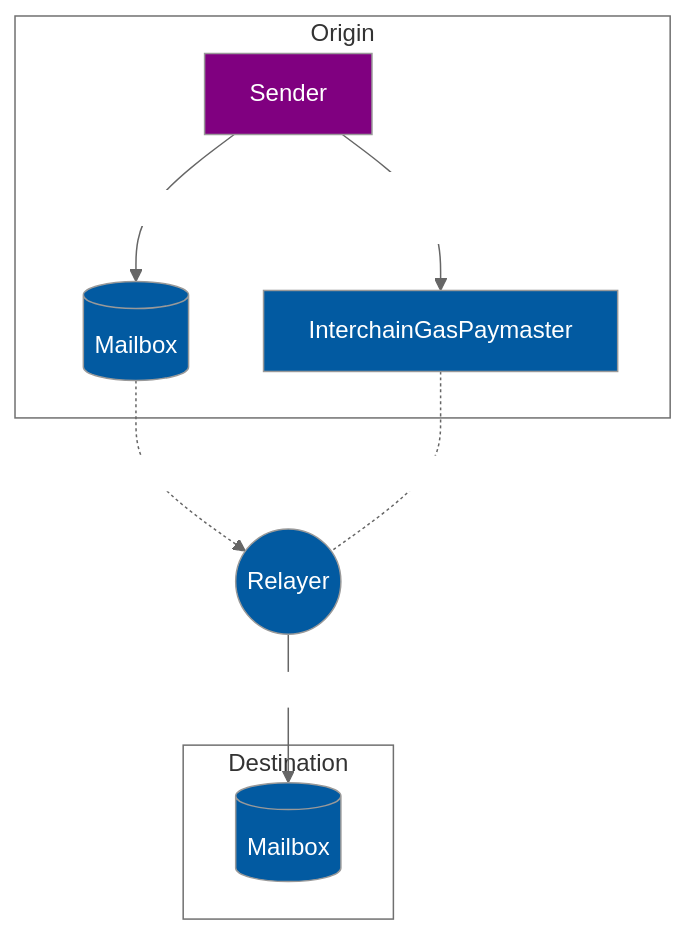
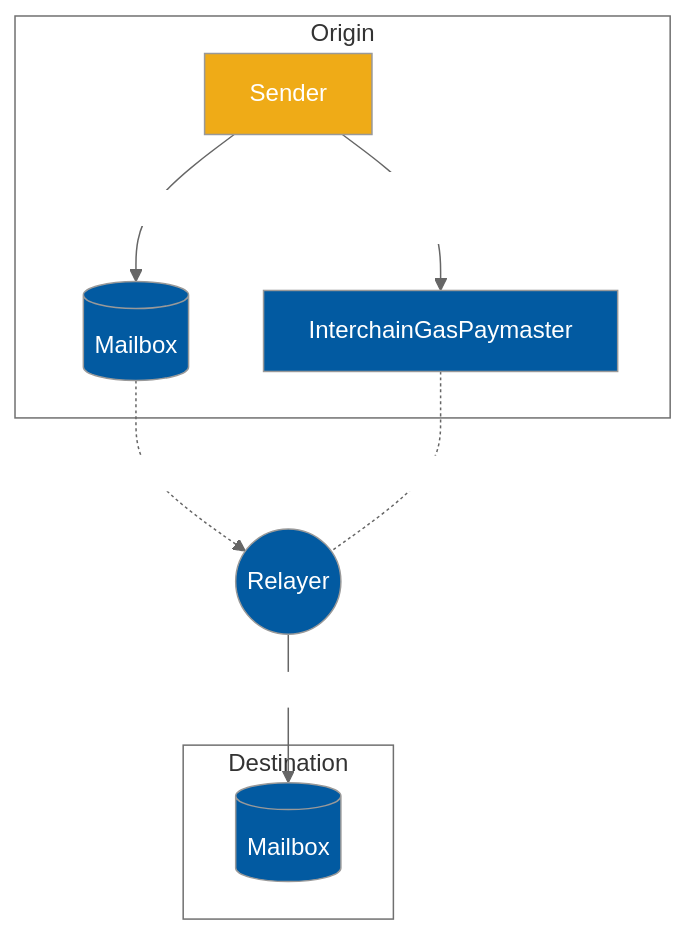
Before and after one commit to hyperlane-xyz/v2-docs: the diagram in diagrams/interchain-gas.md, drawn with Mermaid. The commit also changed 9 other files, not shown here.

````diff
--- a/diagrams/interchain-gas.md
+++ b/diagrams/interchain-gas.md
@@ -1,35 +1,35 @@
 ```mermaid
 %%{ init: {
   "theme": "neutral",
   "themeVariables": {
     "mainBkg": "#025AA1",
     "textColor": "white",
     "clusterBkg": "white"
   },
   "themeCSS": ".edgeLabel { color: black }"
 }}%%
 
 flowchart TB
     subgraph Origin
       Sender
       M_O[(Mailbox)]
       IGP[InterchainGasPaymaster]
       Sender -- "id = dispatch()" --> M_O
       Sender -- "payForGas(id)\n{value: payment}" --> IGP
     end
 
     Relayer((Relayer))
 
     M_O -. "indexing" .-> Relayer
     IGP -. "paymaster" .- Relayer
 
     subgraph Destination
       M_D[(Mailbox)]
     end
 
     Relayer -- "process()" --> M_D
 
-    style Sender fill:purple
+    style Sender fill:#efab17
 
     click IGP https://github.com/hyperlane-xyz/hyperlane-monorepo/blob/main/solidity/contracts/igps/InterchainGasPaymaster.sol
 ```
````
